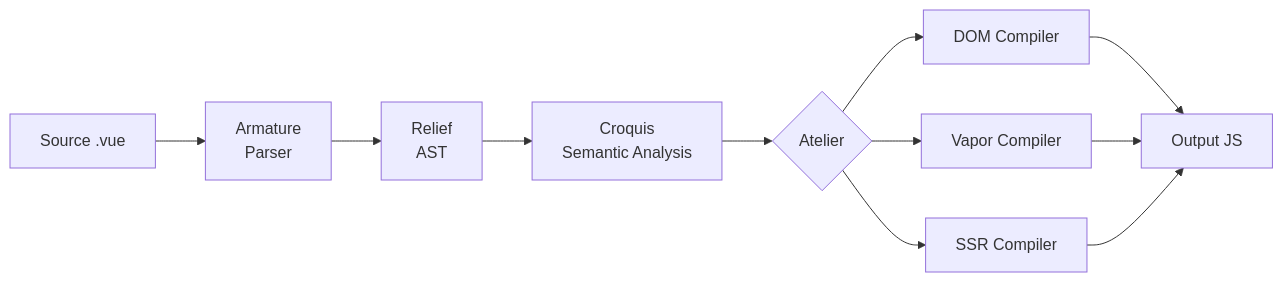
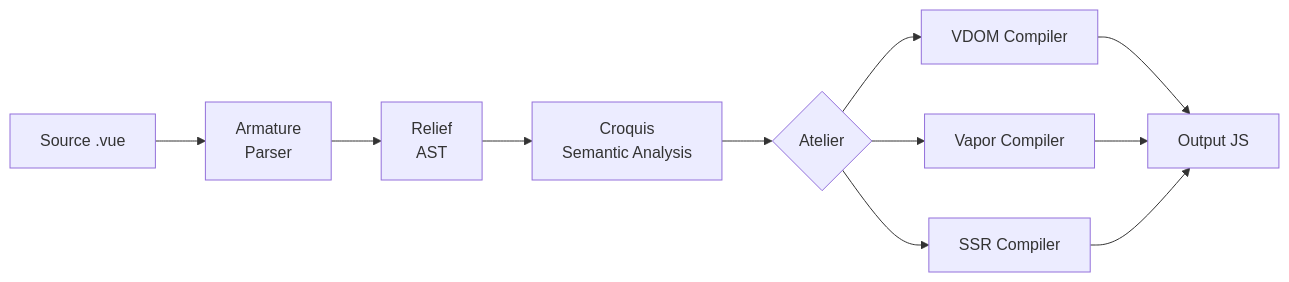
The second of 3 diagrams in docs/content/architecture/overview.md (fengmk2/vize), drawn with Mermaid before and after one commit. The commit also changed other lines of this file and 7 other files, not shown here.

````diff
--- a/docs/content/architecture/overview.md
+++ b/docs/content/architecture/overview.md
@@ -62,13 +62,13 @@
 ```mermaid
 graph LR
     A[Source .vue] --> B[Armature<br/>Parser]
     B --> C[Relief<br/>AST]
     C --> D[Croquis<br/>Semantic Analysis]
     D --> E{Atelier}
-    E --> F[DOM Compiler]
+    E --> F[VDOM Compiler]
     E --> G[Vapor Compiler]
     E --> H[SSR Compiler]
     F --> I[Output JS]
     G --> I
     H --> I
 ```
````
